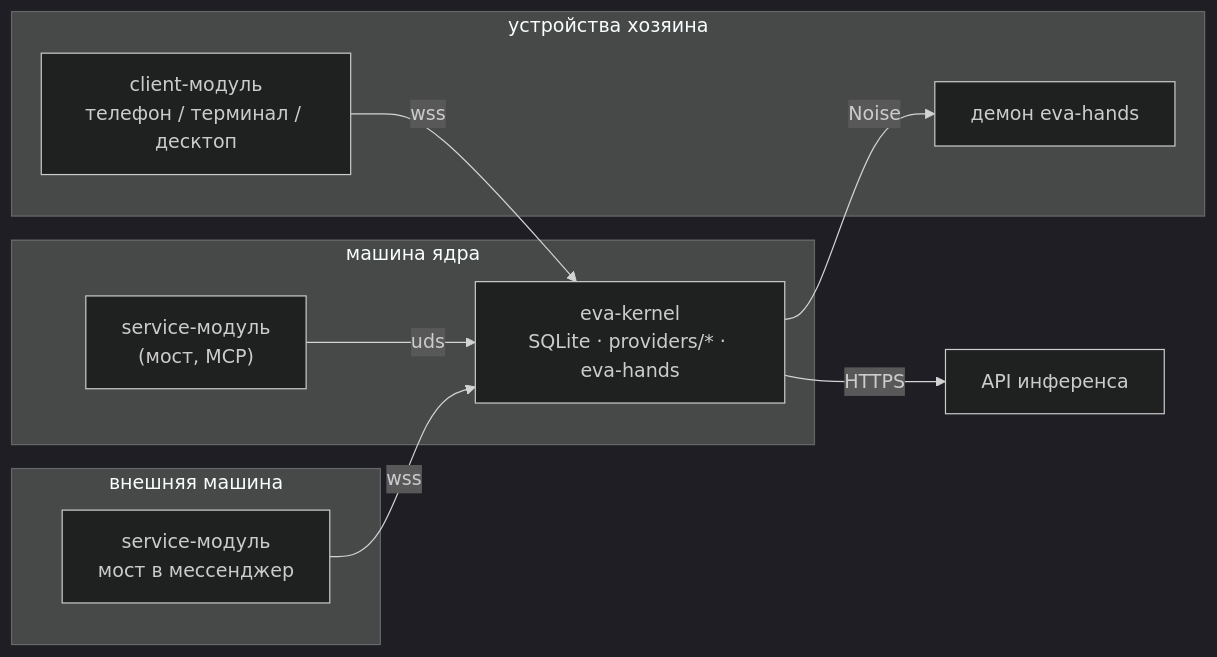
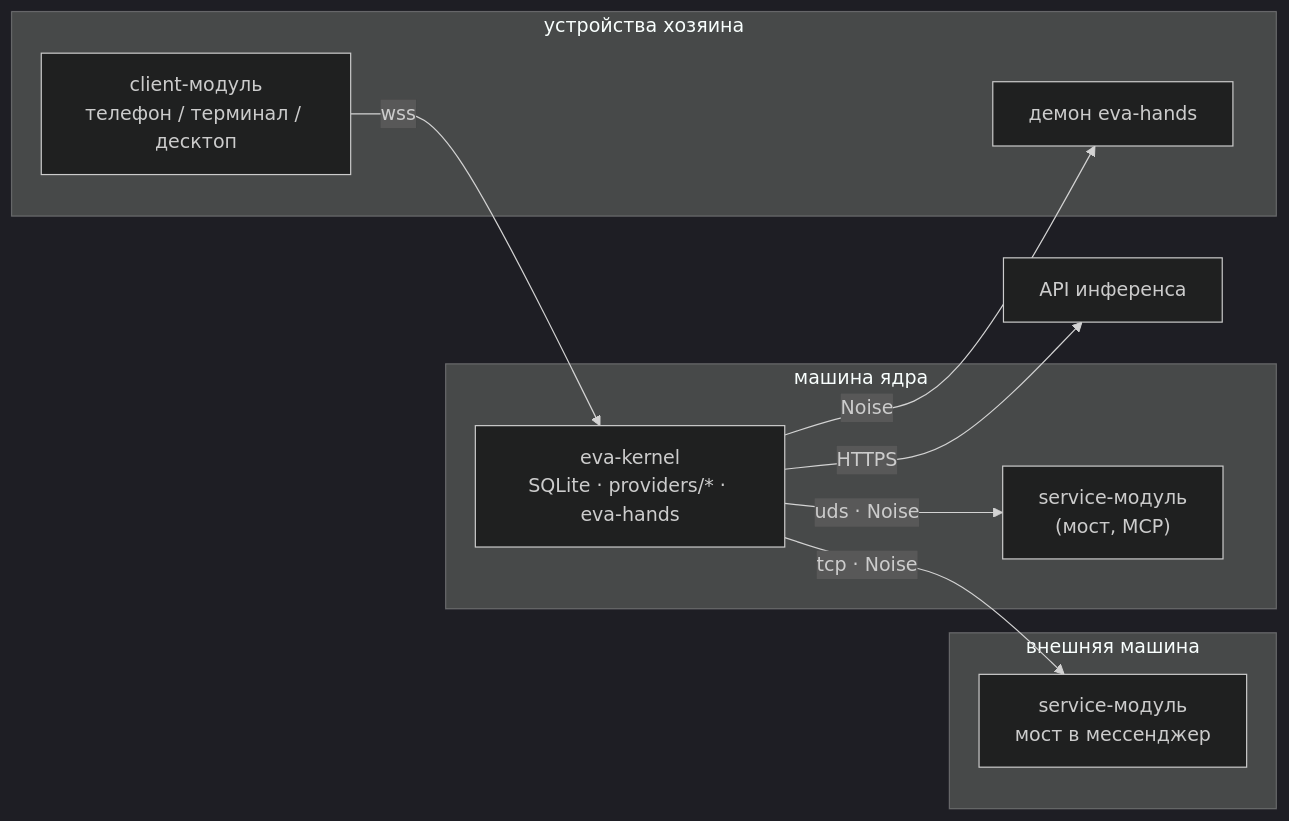
The first of 3 diagrams in docs/src/architecture.md (eva-rs/kernel), drawn with Mermaid (dark theme) before and after one commit. The commit also changed other lines of this file and 94 other files, not shown here.

````diff
--- a/docs/src/architecture.md
+++ b/docs/src/architecture.md
@@ -5,19 +5,19 @@
 ```mermaid
 flowchart LR
   subgraph host["машина ядра"]
     K["eva-kernel<br/>SQLite · providers/* · eva-hands"]
     S1["service-модуль<br/>(мост, MCP)"]
   end
   subgraph owner["устройства хозяина"]
     C1["client-модуль<br/>телефон / терминал / десктоп"]
     H["демон eva-hands"]
   end
   subgraph remote["внешняя машина"]
     S2["service-модуль<br/>мост в мессенджер"]
   end
-  S1 -- "uds" --> K
+  K -- "uds · Noise" --> S1
   C1 -- "wss" --> K
-  S2 -- "wss" --> K
+  K -- "tcp · Noise" --> S2
   K -- "Noise" --> H
   K -- "HTTPS" --> LLM["API инференса"]
 ```
````
